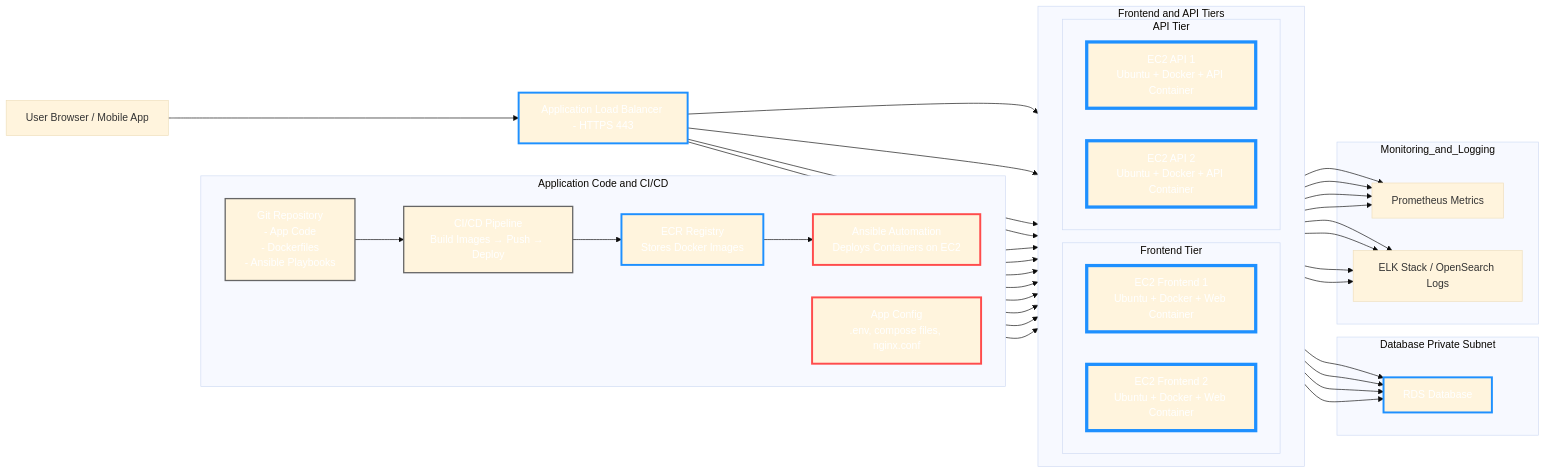
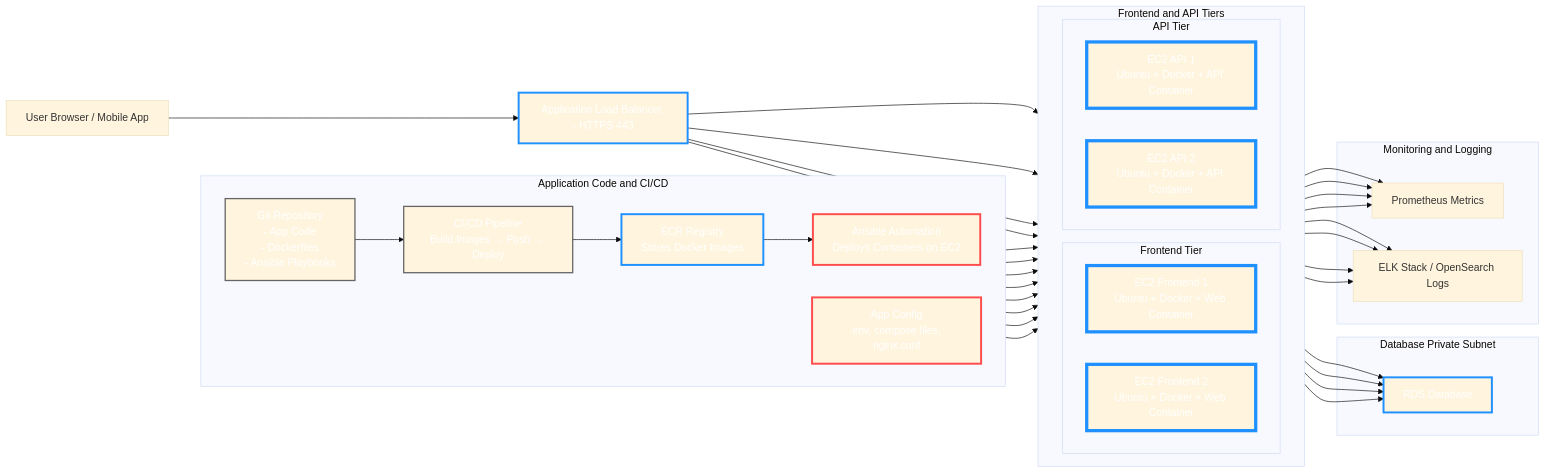
The diagram in README.md (uploadtigris/project_CloudChef), drawn with Mermaid (base theme) before and after one commit.

Commit message:
Fix subgraph name in README for clarity

```diff
--- a/README.md
+++ b/README.md
@@ -89,7 +89,7 @@
     %% ============================================================
     %% Monitoring Layer
     %% ============================================================
-    subgraph Monitoring_and_Logging
+    subgraph Monitoring and Logging
         Prometheus["Prometheus Metrics"]
         ELK["ELK Stack / OpenSearch Logs"]
     end
```
